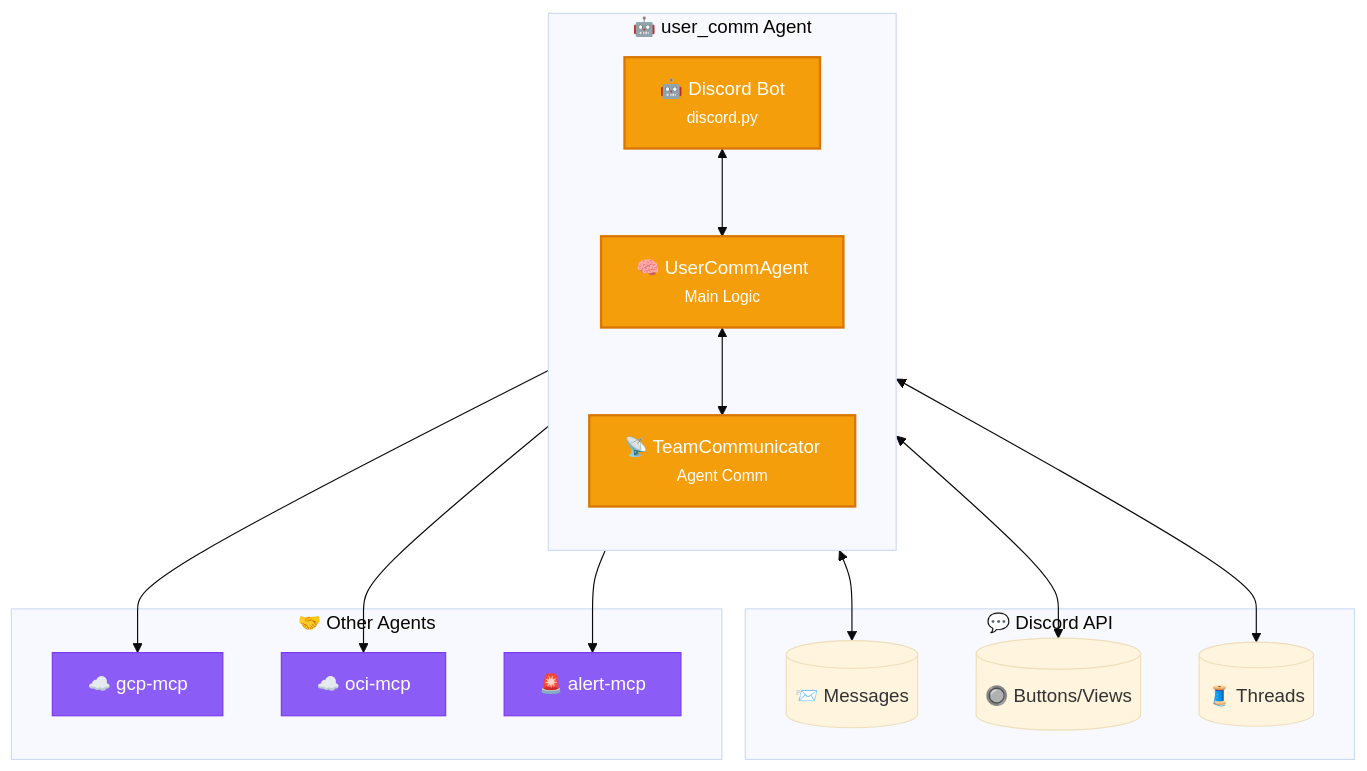
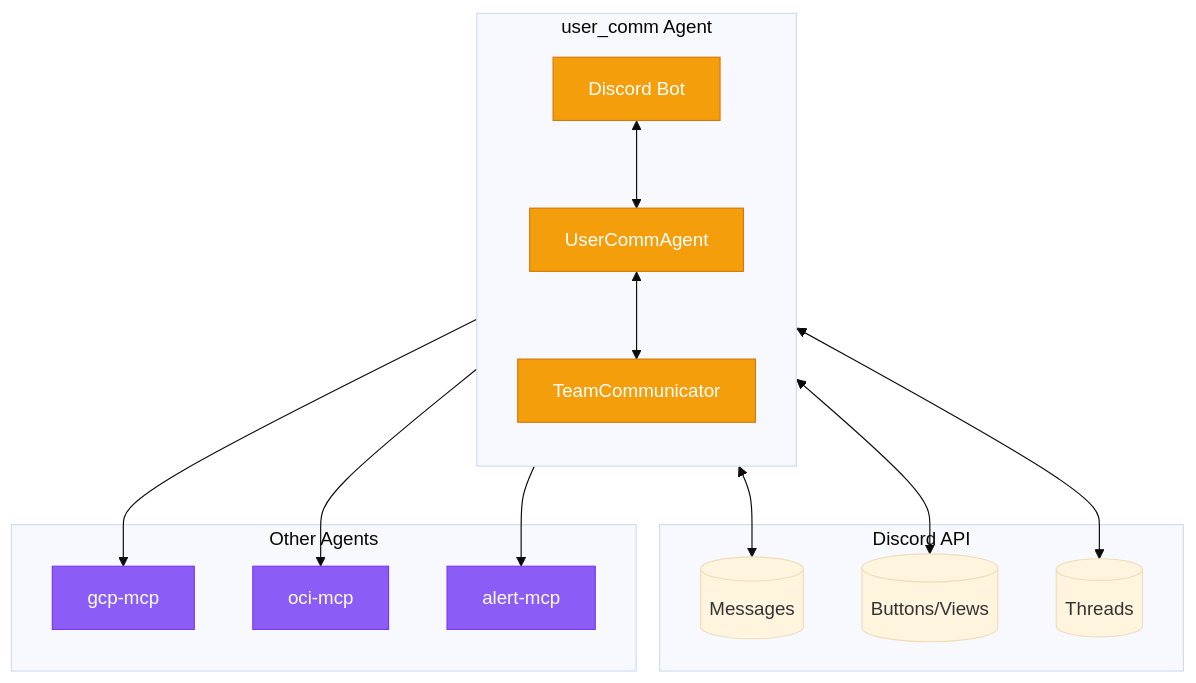
The second of 8 diagrams in content/en/post/2026-03-01-013-discord-gateway-mcp-architecture-design.md (yarang/blogs), drawn with Mermaid (base theme) before and after one commit. The commit also changed other lines of this file and 1 other file, not shown here.

First line of the commit message:
Fix Mermaid parsing errors for web rendering

````diff
--- a/content/en/post/2026-03-01-013-discord-gateway-mcp-architecture-design.md
+++ b/content/en/post/2026-03-01-013-discord-gateway-mcp-architecture-design.md
@@ -89,36 +86,35 @@
 ```mermaid
 flowchart TB
-    %% Style definitions
-    classDef core fill:#F59E0B,stroke:#D97706,color:#fff,stroke-width:2px
+    classDef core fill:#F59E0B,stroke:#D97706,color:#fff
     classDef discord fill:#5865F2,stroke:#404EED,color:#fff
     classDef team fill:#8B5CF6,stroke:#7C3AED,color:#fff
 
-    subgraph UserComm["🤖 user_comm Agent"]
+    subgraph UserComm["user_comm Agent"]
         direction TB
-        DiscordBot["🤖 Discord Bot<br/><small>discord.py</small>"]:::core
-        Agent["🧠 UserCommAgent<br/><small>Main Logic</small>"]:::core
-        TeamComm["📡 TeamCommunicator<br/><small>Agent Comm</small>"]:::core
+        DiscordBot["Discord Bot"]:::core
+        Agent["UserCommAgent"]:::core
+        TeamComm["TeamCommunicator"]:::core
 
         DiscordBot <--> Agent
         Agent <--> TeamComm
     end
 
-    subgraph Discord["💬 Discord API"]
-        Messages[("📨 Messages")]
-        Buttons[("🔘 Buttons/Views")]
-        Threads[("🧵 Threads")]
+    subgraph Discord["Discord API"]
+        Messages[("Messages")]
+        Buttons[("Buttons/Views")]
+        Threads[("Threads")]
     end
 
-    subgraph Team["🤝 Other Agents"]
-        GCP["☁️ gcp-mcp"]:::team
-        OCI["☁️ oci-mcp"]:::team
-        Alert["🚨 alert-mcp"]:::team
+    subgraph Team["Other Agents"]
+        GCP["gcp-mcp"]:::team
+        OCI["oci-mcp"]:::team
+        Alert["alert-mcp"]:::team
     end
 
     DiscordBot <--> Messages
     DiscordBot <--> Buttons
     DiscordBot <--> Threads
     TeamComm --> GCP
     TeamComm --> OCI
     TeamComm --> Alert
 ```
````
